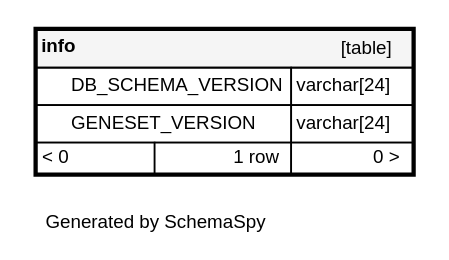
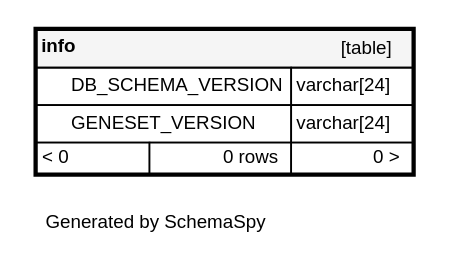
One commit to WEHI-ResearchComputing/wehi-cbioportal-instance-schemaspy changed the diagram in docs/diagrams/tables/info.1degree.dot. Above: the diagram before and after it, drawn with Graphviz. The commit also changed 250 other files, not shown here.

```diff
--- a/docs/diagrams/tables/info.1degree.dot
+++ b/docs/diagrams/tables/info.1degree.dot
@@ -1,15 +1,15 @@
 digraph "oneDegreeRelationshipsDiagram" {
   graph [    rankdir="RL"    bgcolor="#ffffff"    label="\nGenerated by SchemaSpy"    labeljust="l"    nodesep="0.18"    ranksep="0.46"    fontname="Helvetica"    fontsize="11"    ration="compress"  ];  node [    fontname="Helvetica"    fontsize="11"    shape="plaintext"  ];  edge [    arrowsize="0.8"  ];
   "info" [
    label=<
     <TABLE BORDER="2" CELLBORDER="1" CELLSPACING="0" BGCOLOR="#ffffff">
       <TR><TD COLSPAN="4"  BGCOLOR="#f5f5f5"><TABLE BORDER="0" CELLSPACING="0"><TR><TD ALIGN="LEFT" FIXEDSIZE="TRUE" WIDTH="23" HEIGHT="16"><B>info</B></TD><TD ALIGN="RIGHT">[table]</TD></TR></TABLE></TD></TR>
       <TR><TD PORT="DB_SCHEMA_VERSION" COLSPAN="2" ALIGN="LEFT"><TABLE BORDER="0" CELLSPACING="0" ALIGN="LEFT"><TR ALIGN="LEFT"><TD ALIGN="LEFT" FIXEDSIZE="TRUE" WIDTH="15" HEIGHT="16"></TD><TD ALIGN="LEFT" FIXEDSIZE="TRUE" WIDTH="128" HEIGHT="16">DB_SCHEMA_VERSION</TD></TR></TABLE></TD><TD PORT="DB_SCHEMA_VERSION.type" ALIGN="LEFT">varchar[24]</TD></TR>
       <TR><TD PORT="GENESET_VERSION" COLSPAN="2" ALIGN="LEFT"><TABLE BORDER="0" CELLSPACING="0" ALIGN="LEFT"><TR ALIGN="LEFT"><TD ALIGN="LEFT" FIXEDSIZE="TRUE" WIDTH="15" HEIGHT="16"></TD><TD ALIGN="LEFT" FIXEDSIZE="TRUE" WIDTH="128" HEIGHT="16">GENESET_VERSION</TD></TR></TABLE></TD><TD PORT="GENESET_VERSION.type" ALIGN="LEFT">varchar[24]</TD></TR>
-      <TR><TD ALIGN="LEFT" BGCOLOR="#ffffff">&lt; 0</TD><TD ALIGN="RIGHT" BGCOLOR="#ffffff">1 row</TD><TD ALIGN="RIGHT" BGCOLOR="#ffffff">0 &gt;</TD></TR>
+      <TR><TD ALIGN="LEFT" BGCOLOR="#ffffff">&lt; 0</TD><TD ALIGN="RIGHT" BGCOLOR="#ffffff">0 rows</TD><TD ALIGN="RIGHT" BGCOLOR="#ffffff">0 &gt;</TD></TR>
     </TABLE>>
     URL="info.html"
     target="_top"
     tooltip="info"
   ];
 }
```
